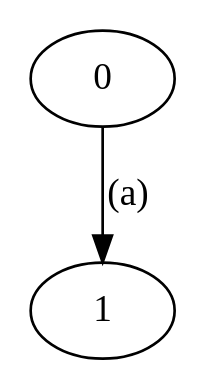
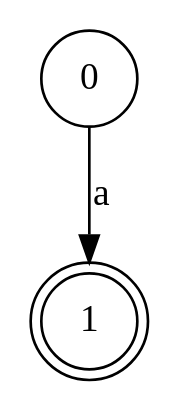
The diagram in projeto_1/test-output/graph.gv (igorbragaia/CTC-34), drawn with Graphviz before and after one commit. The commit also changed 4 other files, not shown here.

```diff
--- a/projeto_1/test-output/graph.gv
+++ b/projeto_1/test-output/graph.gv
@@ -1,5 +1,5 @@
 digraph {
-	0
-	1
-	0 -> 1 [label="(a)"]
+	0 [shape=circle]
+	1 [shape=doublecircle]
+	0 -> 1 [label=a]
 }
```
